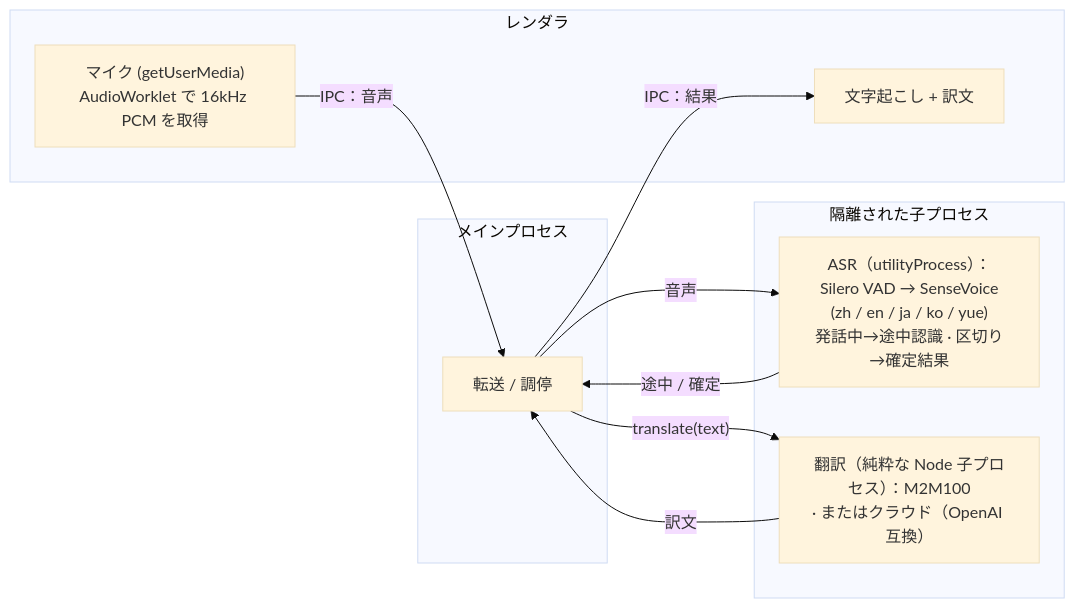
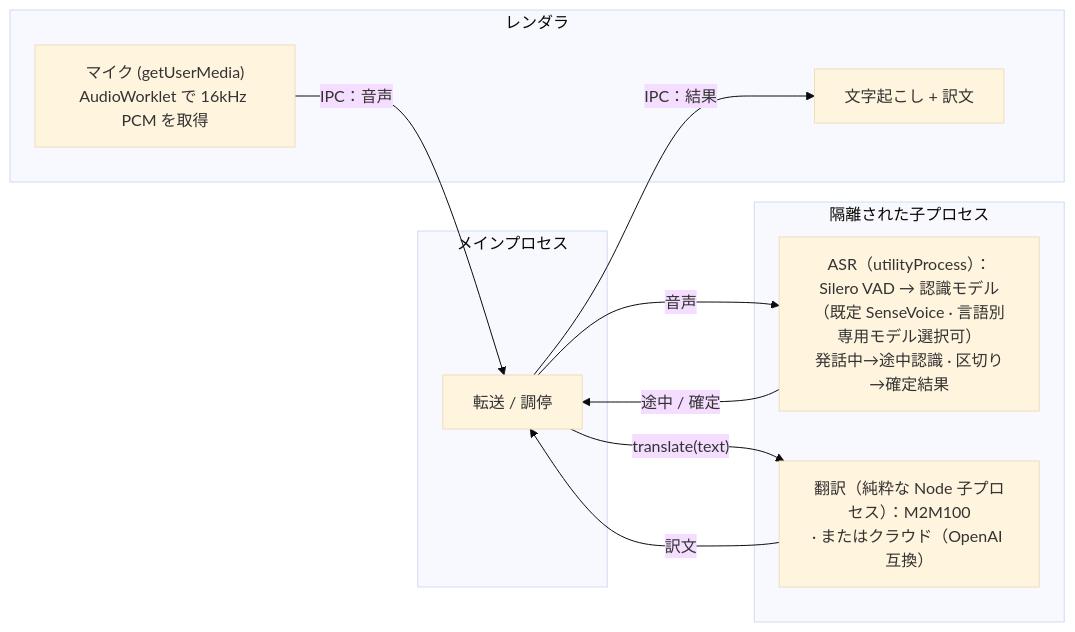
The diagram in README.ja.md (baijunjie/realtime-translator), drawn with Mermaid (base theme) before and after one commit. The commit also changed 4 other files, not shown here.

Commit message:
docs: 架构图 ASR 节点改为多识别模型描述，同步 WASM 说明

````diff
--- a/README.ja.md
+++ b/README.ja.md
@@ -115,20 +115,20 @@
 ```mermaid
 flowchart LR
   subgraph RENDER["レンダラ"]
     MIC["マイク (getUserMedia)<br/>AudioWorklet で 16kHz PCM を取得"]
     UI["文字起こし + 訳文"]
   end
   subgraph MAIN["メインプロセス"]
     HUB["転送 / 調停"]
   end
   subgraph UTIL["隔離された子プロセス"]
-    ASR["ASR（utilityProcess）：Silero VAD → SenseVoice<br/>(zh / en / ja / ko / yue)<br/>発話中→途中認識 · 区切り→確定結果"]
+    ASR["ASR（utilityProcess）：Silero VAD → 認識モデル<br/>（既定 SenseVoice · 言語別専用モデル選択可）<br/>発話中→途中認識 · 区切り→確定結果"]
     TRANS["翻訳（純粋な Node 子プロセス）：M2M100<br/>· またはクラウド（OpenAI 互換）"]
   end
   MIC -- "IPC：音声" --> HUB
   HUB -- 音声 --> ASR
   ASR -- "途中 / 確定" --> HUB
   HUB -- "translate(text)" --> TRANS
   TRANS -- 訳文 --> HUB
   HUB -- "IPC：結果" --> UI
 ```
````
